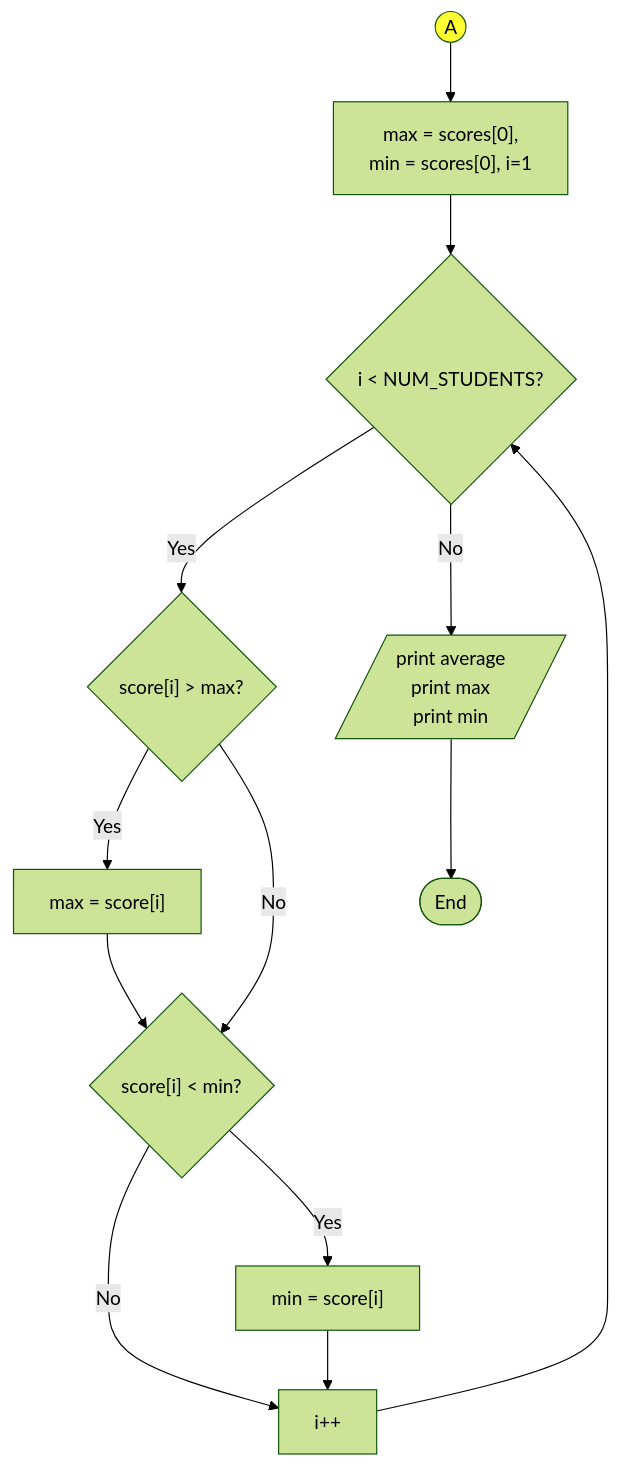
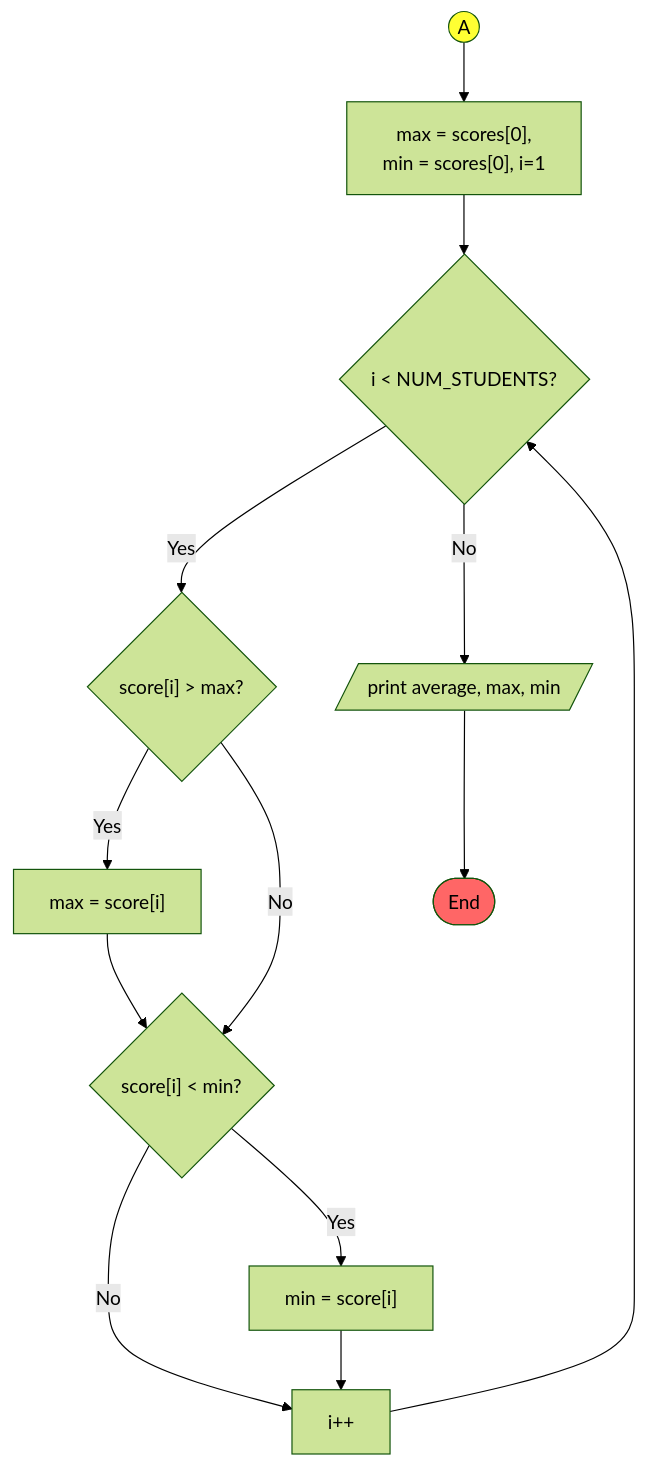
Before and after one commit to ruslylove/compro: the third of 4 diagrams in lectures/lecture-6-arrays.md, drawn with Mermaid (forest theme). The commit also changed other lines of this file and 11 other files, not shown here.

````diff
--- a/lectures/lecture-6-arrays.md
+++ b/lectures/lecture-6-arrays.md
@@ -212,14 +271,15 @@
 ```mermaid {scale:0.4}
 graph TD
 
         xx((A)) --> F["max = scores[0], <br>min = scores[0], i=1"];
         F --> G{"i < NUM_STUDENTS?"};
         G -- Yes --> H{"score[i] > max?"};
         H -- Yes --> I["max = score[i]"] --> J; 
         H -- No --> J{"score[i] < min?"} -- No --> I2[i++] --> G;;
         J -- Yes --> K["min = score[i]"] --> I2;
-        G -- No --> L[/"print average<br>print max<br>print min"/];
+        G -- No --> L[/"print average, max, min"/];
         L --> M([End]);
 
         style xx fill:#ff3;
+        style M fill:#f66;
 ```
````
